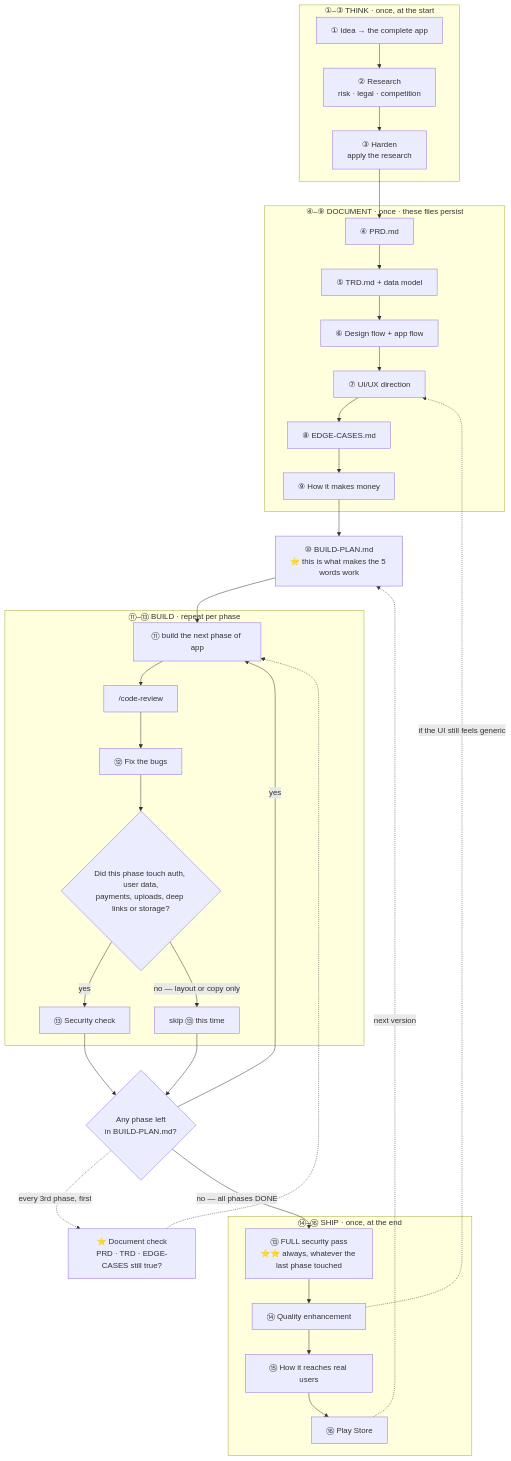
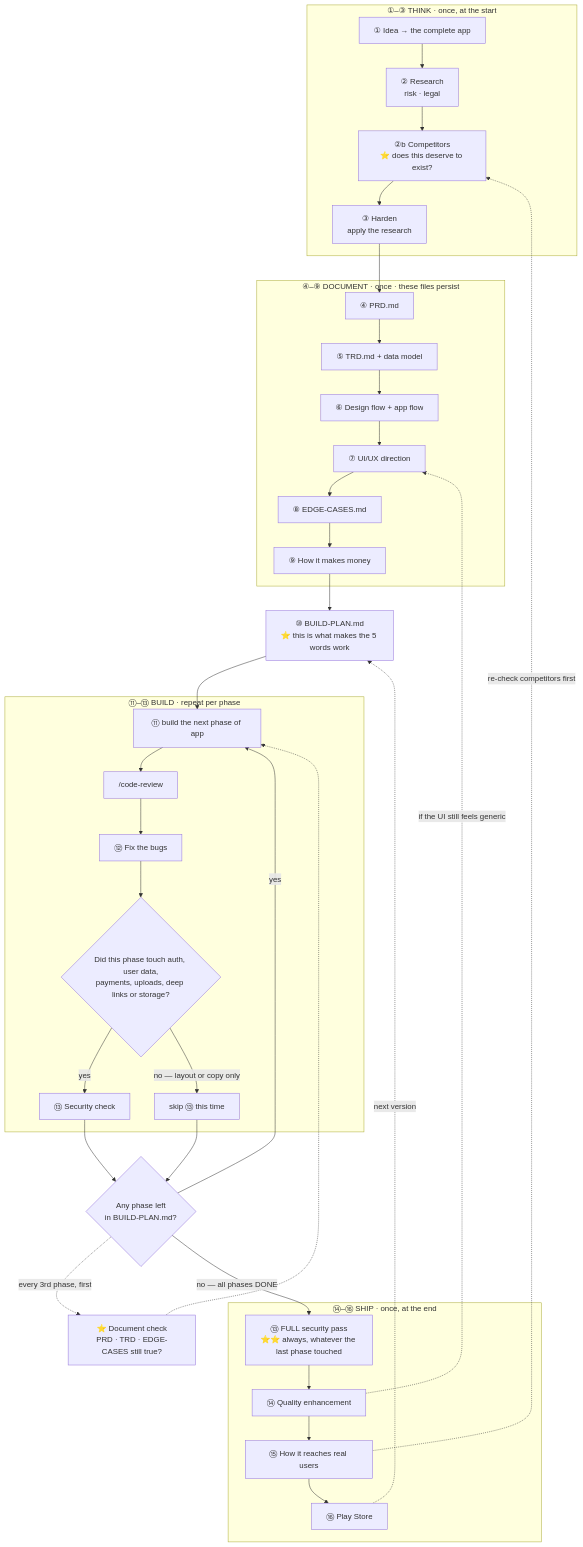
The diagram in 04-App-Developer/PROMPTS.md (rameshkumark24/learnings), drawn with Mermaid before and after one commit. The commit also changed other lines of this file, not shown here.

First line of the commit message:
App: give competitor analysis its own step

````diff
--- a/04-App-Developer/PROMPTS.md
+++ b/04-App-Developer/PROMPTS.md
@@ -1165,45 +1243,47 @@
 ```mermaid
 flowchart TD
     subgraph THINK["①–③ THINK · once, at the start"]
-        A["① Idea → the complete app"] --> B["② Research<br>risk · legal · competition"]
-        B --> C["③ Harden<br>apply the research"]
+        A["① Idea → the complete app"] --> B["② Research<br>risk · legal"]
+        B --> BB["②b Competitors<br>⭐ does this deserve to exist?"]
+        BB --> C["③ Harden<br>apply the research"]
     end
 
     subgraph DOC["④–⑨ DOCUMENT · once · these files persist"]
         D["④ PRD.md"] --> E["⑤ TRD.md + data model"]
         E --> F["⑥ Design flow + app flow"]
         F --> G["⑦ UI/UX direction"]
         G --> H["⑧ EDGE-CASES.md"]
         H --> I["⑨ How it makes money"]
     end
 
     J["⑩ BUILD-PLAN.md<br>⭐ this is what makes the 5 words work"]
 
     subgraph LOOP["⑪–⑬ BUILD · repeat per phase"]
         K["⑪ build the next phase of app"] --> L["/code-review"]
         L --> M["⑫ Fix the bugs"]
         M --> S{"Did this phase touch auth, user data,<br>payments, uploads, deep links or storage?"}
         S -->|"yes"| N["⑬ Security check"]
         S -->|"no — layout or copy only"| SKIP["skip ⑬ this time"]
     end
 
     DC["⭐ Document check<br>PRD · TRD · EDGE-CASES still true?"]
 
     subgraph SHIP["⑭–⑯ SHIP · once, at the end"]
         FULLSEC["⑬ FULL security pass<br>⭐⭐ always, whatever the last phase touched"] --> P["⑭ Quality enhancement"]
         P --> Q["⑮ How it reaches real users"]
         Q --> R["⑯ Play Store"]
     end
 
     C --> D
     I --> J
     J --> K
     N --> O{"Any phase left<br>in BUILD-PLAN.md?"}
     SKIP --> O
     O -->|"yes"| K
     O -.->|"every 3rd phase, first"| DC
     DC -.-> K
     O -->|"no — all phases DONE"| FULLSEC
     P -.->|"if the UI still feels generic"| G
     R -.->|"next version"| J
+    Q -.->|"re-check competitors first"| BB
 ```
````
